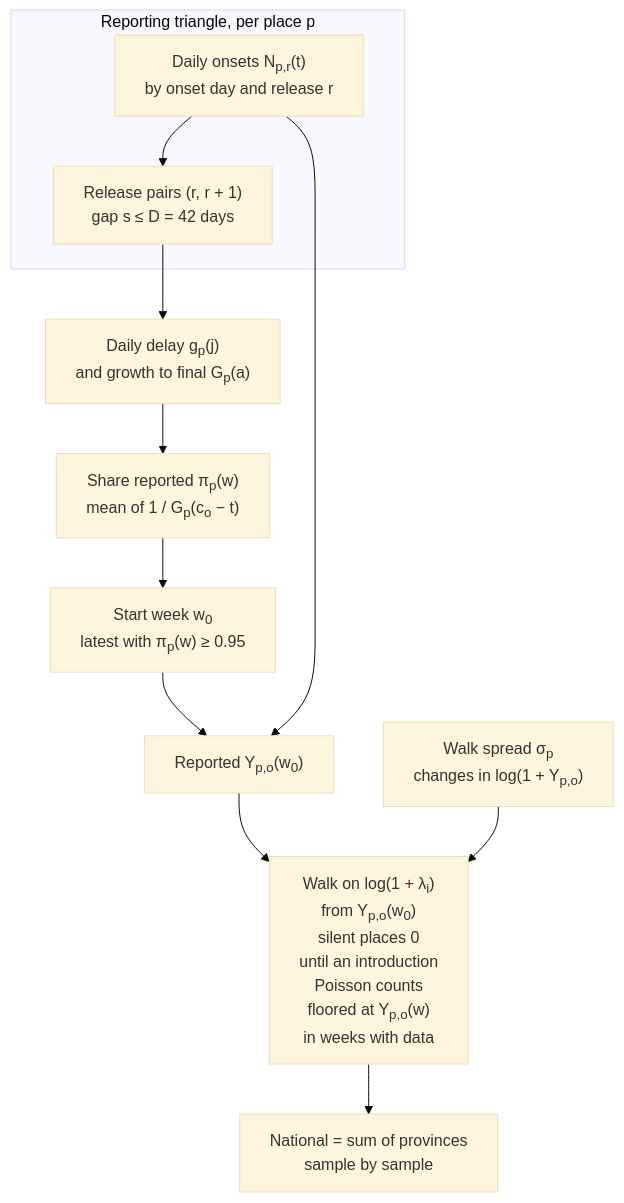
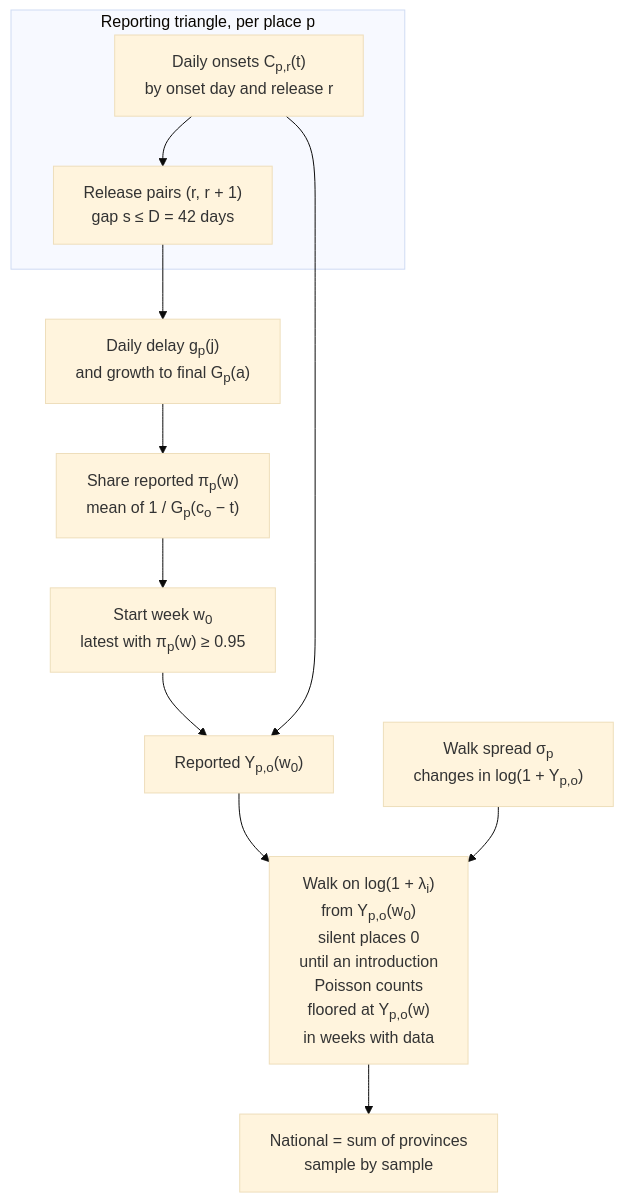
The second of 2 diagrams in docs/methods/baselines.md (seabbs/BDBVHubRenewal), drawn with Mermaid (base theme) before and after one commit. The commit also changed other lines of this file and 4 other files, not shown here.

````diff
--- a/docs/methods/baselines.md
+++ b/docs/methods/baselines.md
@@ -48,24 +48,24 @@
 ```mermaid
 flowchart TD
     subgraph TRI["Reporting triangle, per place p"]
-        SNAP["Daily onsets N<sub>p,r</sub>(t)<br/>by onset day and release r"]
+        SNAP["Daily onsets C<sub>p,r</sub>(t)<br/>by onset day and release r"]
         PAIR["Release pairs (r, r + 1)<br/>gap s ≤ D = 42 days"]
     end
     DEL["Daily delay g<sub>p</sub>(j)<br/>and growth to final G<sub>p</sub>(a)"]
     PI["Share reported π<sub>p</sub>(w)<br/>mean of 1 / G<sub>p</sub>(c<sub>o</sub> − t)"]
     W0["Start week w<sub>0</sub><br/>latest with π<sub>p</sub>(w) ≥ 0.95"]
     Y["Reported Y<sub>p,o</sub>(w<sub>0</sub>)"]
     SIG["Walk spread σ<sub>p</sub><br/>changes in log(1 + Y<sub>p,o</sub>)"]
     W["Walk on log(1 + λ<sub>i</sub>)<br/>from Y<sub>p,o</sub>(w<sub>0</sub>)<br/>silent places 0<br/>until an introduction<br/>Poisson counts<br/>floored at Y<sub>p,o</sub>(w)<br/>in weeks with data"]
     NAT["National = sum of provinces<br/>sample by sample"]
 
     SNAP --> PAIR
     PAIR --> DEL
     DEL --> PI
     PI --> W0
     W0 --> Y
     SNAP --> Y
     Y --> W
     SIG --> W
     W --> NAT
 ```
````
